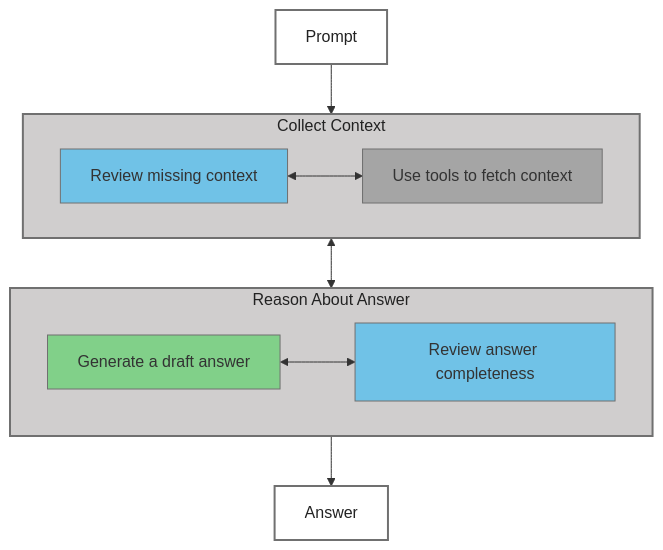
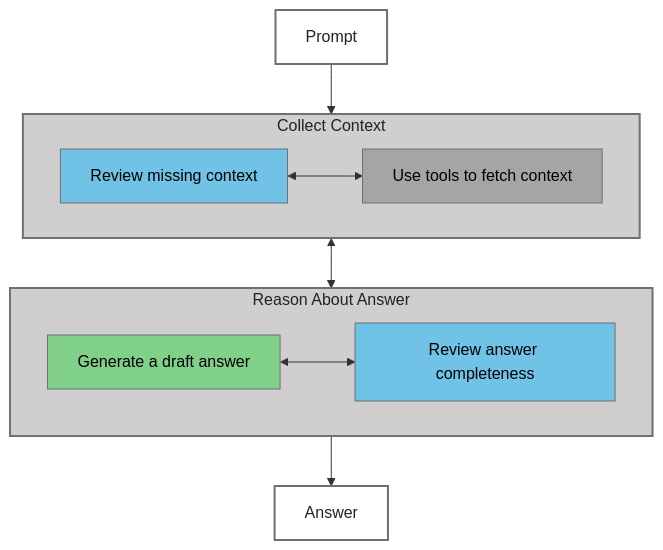
Before and after one commit to dime-worldbank/ai-research-training: the diagram in bootcamp/sessions/day-1/intro-ai-agents/img/reasoning-models.qmd, drawn with Mermaid. The commit also changed 1 other file, not shown here.

Commit message:
intro ai agents

````diff
--- a/bootcamp/sessions/day-1/intro-ai-agents/img/reasoning-models.qmd
+++ b/bootcamp/sessions/day-1/intro-ai-agents/img/reasoning-models.qmd
@@ -1,31 +1,31 @@
 ```{mermaid}
 %%| fig-width: 9
 flowchart TB
  subgraph reviewBox["Collect Context"]
     direction LR
         reviewPrompt["Review missing context"]
         tool["Use tools to fetch context"]
   end
  subgraph generateBox["Reason About Answer"]
     direction LR
         generate["Generate a draft answer"]
         reviewAnswer["Review answer completeness"]
   end
 
     reviewPrompt <--> tool
     generate <--> reviewAnswer
     prompt["Prompt"]:::whiteBox --> reviewBox
     reviewBox <--> generateBox
     generateBox --> answer["Answer"]:::whiteBox
 
     reviewPrompt:::llmEmbed
     tool:::tool
     generate:::llmGen
     reviewAnswer:::llmEmbed
-    classDef llmEmbed fill:#70C2E7,stroke:#707070
-    classDef llmGen fill:#81D089,stroke:#707070
-    classDef tool fill:#A5A5A5,stroke:#707070
+    classDef llmEmbed fill:#70C2E7,stroke:#707070,color:#000
+    classDef llmGen fill:#81D089,stroke:#707070,color:#000
+    classDef tool fill:#A5A5A5,stroke:#707070,color:#000
     style reviewBox fill:#D0CECE,stroke:#707070,stroke-width:2px,color:#222
     style generateBox fill:#D0CECE,stroke:#707070,stroke-width:2px,color:#222
     classDef whiteBox fill:#FFFFFF,stroke:#707070,stroke-width:2px,color:#222
 ```
````
